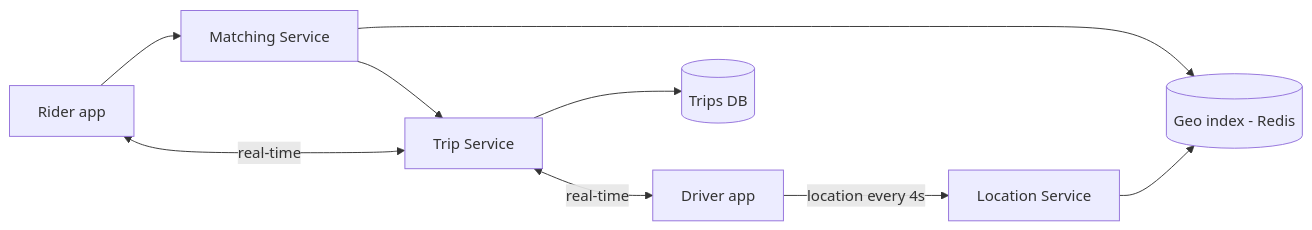
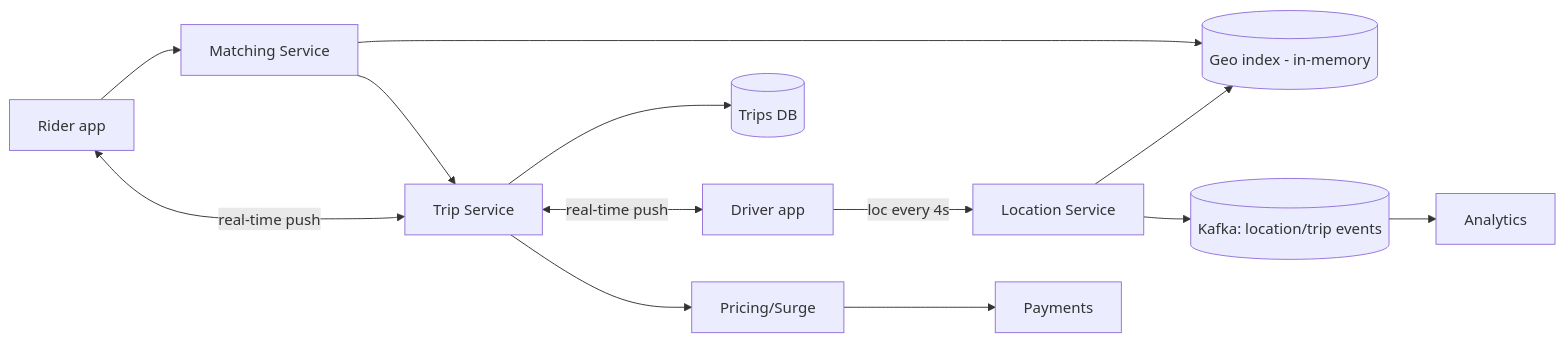
One commit to hiepgithub2001/swedocs changed the first of 2 diagrams in system-design/2-case-studies/ride-sharing.md. Above: the diagram before and after it, drawn with Mermaid. The commit also changed other lines of this file and 12 other files, not shown here.

Commit message:
Expand all 13 case studies with deeper detail (clarifying Qs, estimation math, schemas, more deep dives & diagrams)

````diff
--- a/system-design/2-case-studies/ride-sharing.md
+++ b/system-design/2-case-studies/ride-sharing.md
@@ -21,9 +31,11 @@
 ```mermaid
 flowchart LR
-    D[Driver app] -->|location every 4s| LS[Location Service] --> Geo[(Geo index - Redis)]
+    D[Driver app] -->|loc every 4s| LS[Location Service] --> Geo[(Geo index - in-memory)]
     R[Rider app] --> MS[Matching Service]
     MS --> Geo
-    MS --> TS[Trip Service] --> DB[(Trips DB)]
-    TS <-->|real-time| D
-    TS <-->|real-time| R
+    MS --> TS[Trip Service] --> TDB[(Trips DB)]
+    TS <-->|real-time push| D
+    TS <-->|real-time push| R
+    TS --> Pricing[Pricing/Surge] --> Pay[Payments]
+    LS --> Kafka[(Kafka: location/trip events)] --> Analytics
 ```
````
